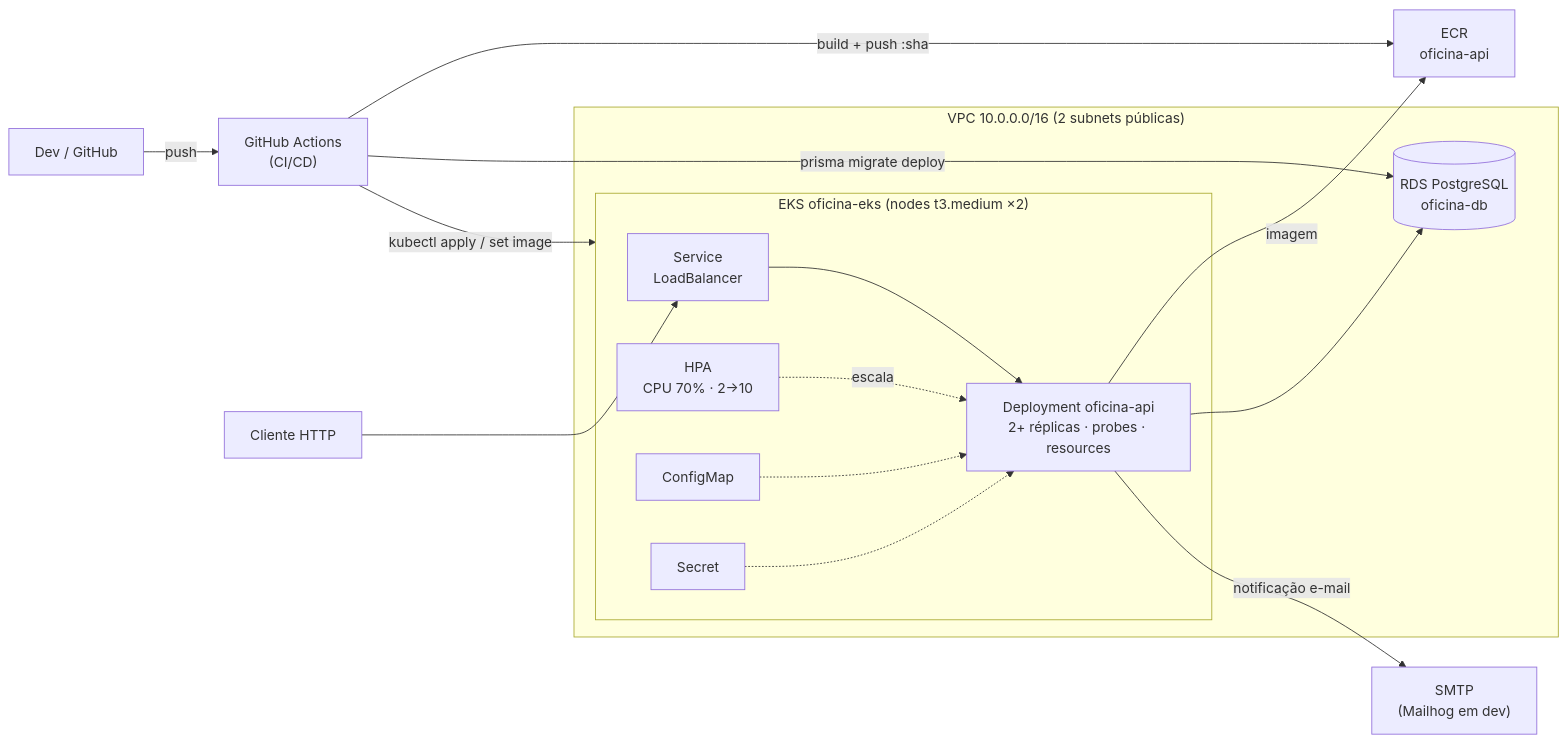
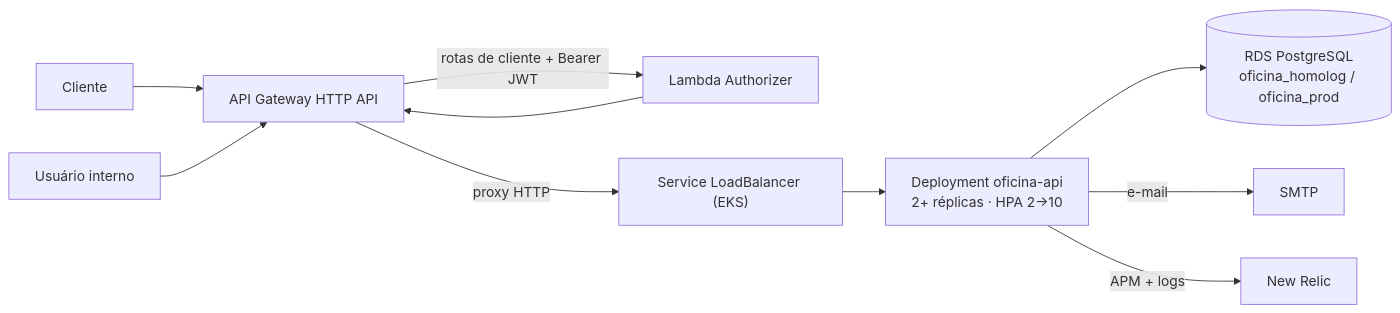
One commit to FIAP-POS-TECH-SOFTWARE-ARCHITECTURE/tc-oficina-app changed the second of 2 diagrams in README.md. Above: the diagram before and after it, drawn with Mermaid. The commit also changed other lines of this file and 3 other files, not shown here.

````diff
--- a/README.md
+++ b/README.md
@@ -74,22 +98,12 @@
 ```mermaid
 flowchart LR
-    DEV["Dev / GitHub"] -->|push| GHA["GitHub Actions<br/>(CI/CD)"]
-    GHA -->|"build + push :sha"| ECR["ECR<br/>oficina-api"]
-    GHA -->|"kubectl apply / set image"| EKS
-    GHA -->|"prisma migrate deploy"| RDS
-
-    subgraph VPC["VPC 10.0.0.0/16 (2 subnets públicas)"]
-        subgraph EKS["EKS oficina-eks (nodes t3.medium ×2)"]
-            SVC["Service<br/>LoadBalancer"] --> DEP["Deployment oficina-api<br/>2+ réplicas · probes · resources"]
-            HPA["HPA<br/>CPU 70% · 2→10"] -.escala.-> DEP
-            CM["ConfigMap"] -.-> DEP
-            SEC["Secret"] -.-> DEP
-        end
-        RDS[("RDS PostgreSQL<br/>oficina-db")]
-    end
-
-    DEP -->|imagem| ECR
-    DEP --> RDS
-    DEP -->|"notificação e-mail"| SMTPX["SMTP<br/>(Mailhog em dev)"]
-    CLIENTE["Cliente HTTP"] --> SVC
+    Cliente["Cliente"] --> GW["API Gateway HTTP API"]
+    Interno["Usuário interno"] --> GW
+    GW -->|"rotas de cliente + Bearer JWT"| AUTHZ["Lambda Authorizer"]
+    AUTHZ --> GW
+    GW -->|"proxy HTTP"| SVC["Service LoadBalancer (EKS)"]
+    SVC --> DEP["Deployment oficina-api<br/>2+ réplicas · HPA 2→10"]
+    DEP --> RDS[("RDS PostgreSQL<br/>oficina_homolog / oficina_prod")]
+    DEP -->|"e-mail"| SMTPX["SMTP"]
+    DEP -->|"APM + logs"| NR["New Relic"]
 ```
````
